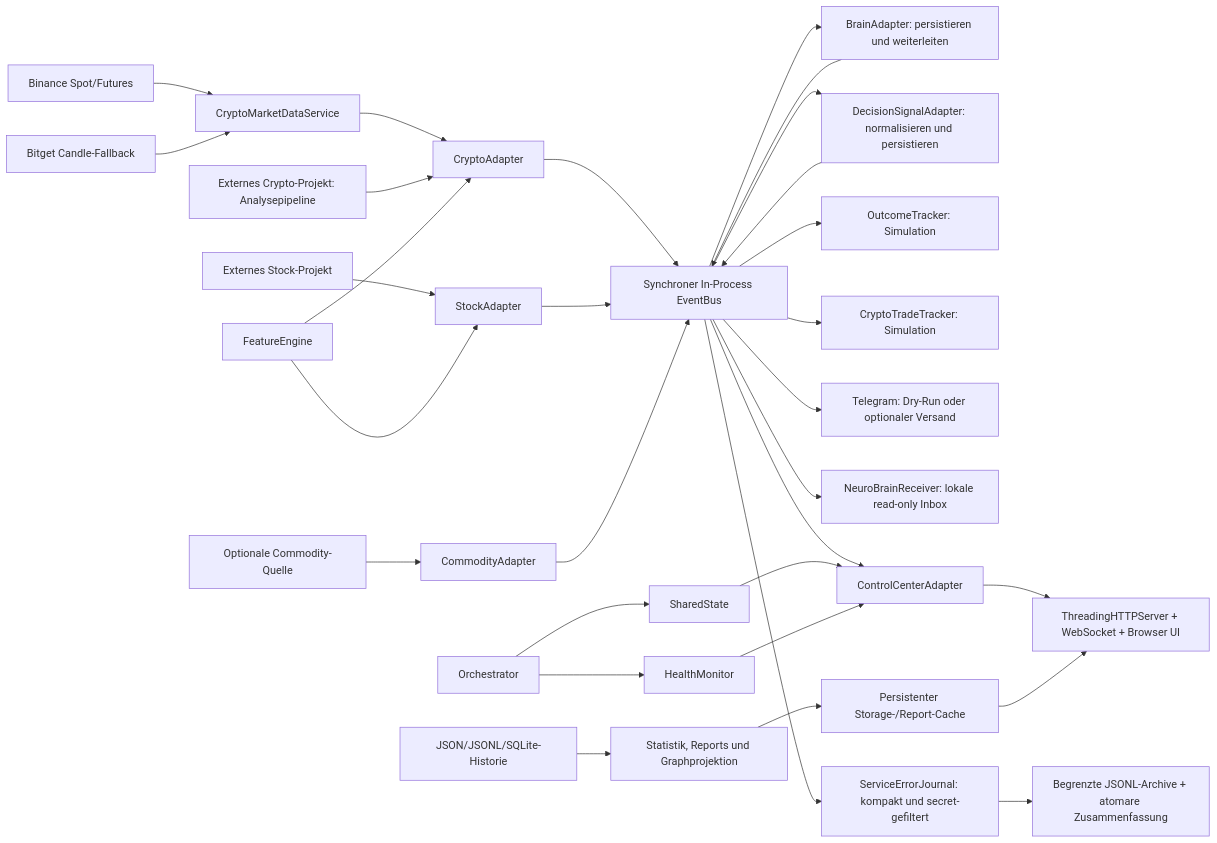
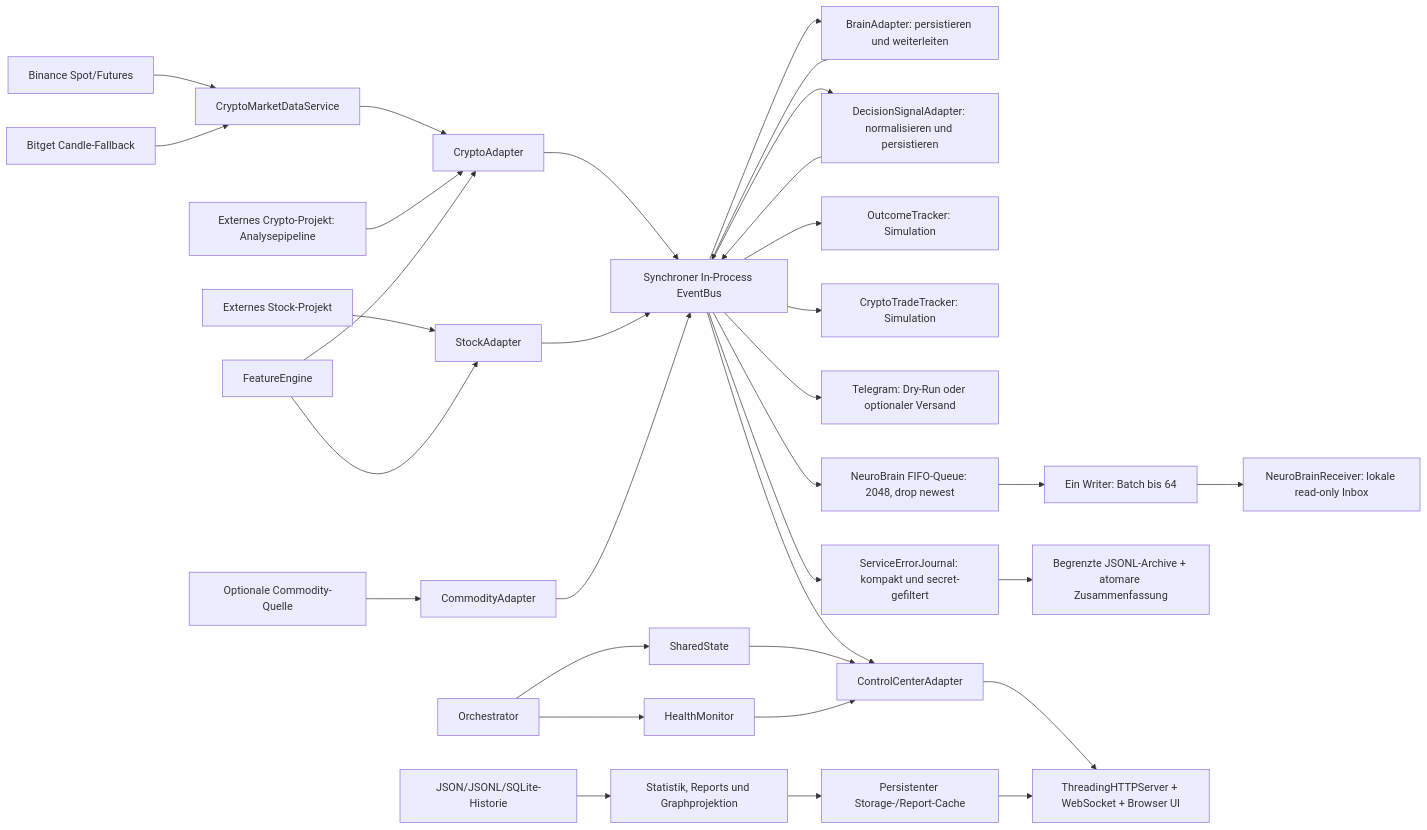
The first of 6 diagrams in docs/ARCHITECTURE.md (cRioshy/Pando), drawn with Mermaid before and after one commit. The commit also changed other lines of this file and 11 other files, not shown here.

Commit message:
Queue NeuroBrain persistence writes

````diff
--- a/docs/ARCHITECTURE.md
+++ b/docs/ARCHITECTURE.md
@@ -9,33 +9,35 @@
 ```mermaid
 flowchart LR
     BN["Binance Spot/Futures"] --> CM["CryptoMarketDataService"]
     BG["Bitget Candle-Fallback"] --> CM
     CM --> CA["CryptoAdapter"]
     CE["Externes Crypto-Projekt: Analysepipeline"] --> CA
     SE["Externes Stock-Projekt"] --> SA["StockAdapter"]
     CP["Optionale Commodity-Quelle"] --> CO["CommodityAdapter"]
     FE["FeatureEngine"] --> CA
     FE --> SA
     CA --> EB["Synchroner In-Process EventBus"]
     SA --> EB
     CO --> EB
     EB --> BA["BrainAdapter: persistieren und weiterleiten"]
     BA --> EB
     EB --> DC["DecisionSignalAdapter: normalisieren und persistieren"]
     DC --> EB
     EB --> OT["OutcomeTracker: Simulation"]
     EB --> CT["CryptoTradeTracker: Simulation"]
     EB --> TG["Telegram: Dry-Run oder optionaler Versand"]
-    EB --> NB["NeuroBrainReceiver: lokale read-only Inbox"]
+    EB --> NQ["NeuroBrain FIFO-Queue: 2048, drop newest"]
+    NQ --> NW["Ein Writer: Batch bis 64"]
+    NW --> NB["NeuroBrainReceiver: lokale read-only Inbox"]
     EB --> CC["ControlCenterAdapter"]
     EB --> EJ["ServiceErrorJournal: kompakt und secret-gefiltert"]
     EJ --> EF["Begrenzte JSONL-Archive + atomare Zusammenfassung"]
     OR["Orchestrator"] --> SS["SharedState"]
     OR --> HM["HealthMonitor"]
     SS --> CC
     HM --> CC
     CC --> WEB["ThreadingHTTPServer + WebSocket + Browser UI"]
     LEDGER["JSON/JSONL/SQLite-Historie"] --> ST["Statistik, Reports und Graphprojektion"]
     ST --> CACHE["Persistenter Storage-/Report-Cache"]
     CACHE --> WEB
 ```
````
